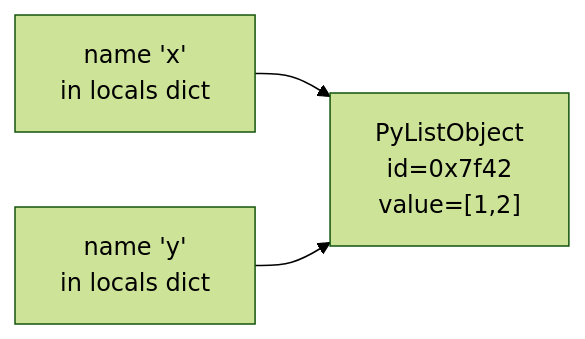
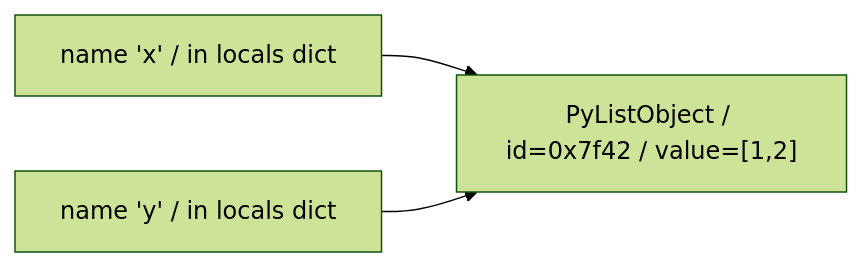
The first of 2 diagrams in Programming-Languages/Python/2-the-data-model-objects-references-identity.md (dantesaurusrex9/notes-gilgamesh), drawn with Mermaid (forest theme) before and after one commit. The commit also changed other lines of this file and 919 other files, not shown here.

````diff
--- a/Programming-Languages/Python/2-the-data-model-objects-references-identity.md
+++ b/Programming-Languages/Python/2-the-data-model-objects-references-identity.md
@@ -82,5 +88,5 @@
 ```mermaid
 flowchart LR
-    NX["name 'x'<br/>in locals dict"] --> OBJ["PyListObject<br/>id=0x7f42<br/>value=[1,2]"]
-    NY["name 'y'<br/>in locals dict"] --> OBJ
+    NX["name 'x' / in locals dict"] --> OBJ["PyListObject / id=0x7f42 / value=[1,2]"]
+    NY["name 'y' / in locals dict"] --> OBJ
 ```
````
